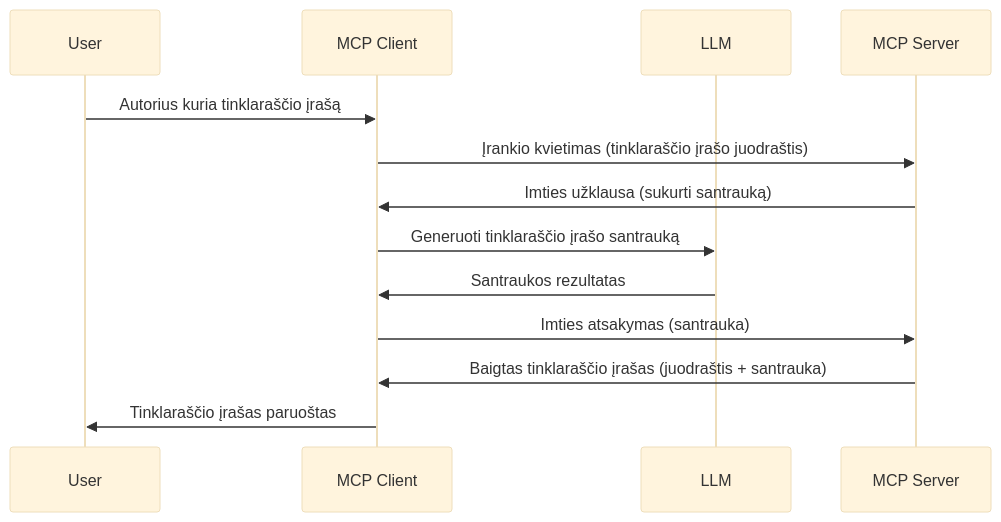
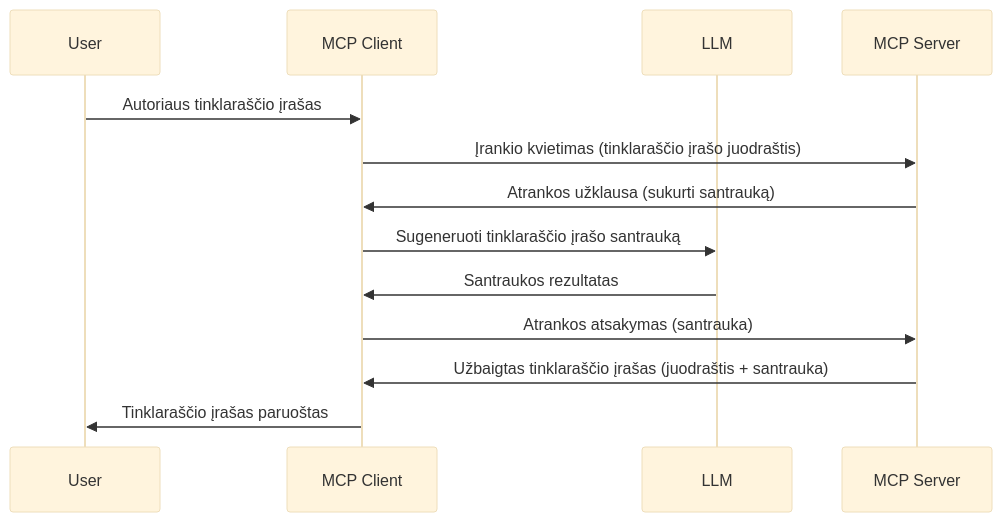
One commit to HIDORAKAI002/ai-workspace-archive changed the diagram in mcp_ecosystem__model_context_protocol/mcp_learning_resources/mcp-for-beginners/translations/lt/03-GettingStarted/14-sampling/README.md. Above: the diagram before and after it, drawn with Mermaid (base theme). The commit also changed other lines of this file and 1046 other files, not shown here.

````diff
--- a/mcp_ecosystem__model_context_protocol/mcp_learning_resources/mcp-for-beginners/translations/lt/03-GettingStarted/14-sampling/README.md
+++ b/mcp_ecosystem__model_context_protocol/mcp_learning_resources/mcp-for-beginners/translations/lt/03-GettingStarted/14-sampling/README.md
@@ -23,16 +25,16 @@
 ```mermaid
 sequenceDiagram
     participant User
     participant MCP Client
     participant LLM
     participant MCP Server
 
-    User->>MCP Client: Autorius kuria tinklaraščio įrašą
+    User->>MCP Client: Autoriaus tinklaraščio įrašas
     MCP Client->>MCP Server: Įrankio kvietimas (tinklaraščio įrašo juodraštis)
-    MCP Server->>MCP Client: Imties užklausa (sukurti santrauką)
-    MCP Client->>LLM: Generuoti tinklaraščio įrašo santrauką
+    MCP Server->>MCP Client: Atrankos užklausa (sukurti santrauką)
+    MCP Client->>LLM: Sugeneruoti tinklaraščio įrašo santrauką
     LLM->>MCP Client: Santraukos rezultatas
-    MCP Client->>MCP Server: Imties atsakymas (santrauka)
-    MCP Server->>MCP Client: Baigtas tinklaraščio įrašas (juodraštis + santrauka)
+    MCP Client->>MCP Server: Atrankos atsakymas (santrauka)
+    MCP Server->>MCP Client: Užbaigtas tinklaraščio įrašas (juodraštis + santrauka)
     MCP Client->>User: Tinklaraščio įrašas paruoštas
 ```
````
